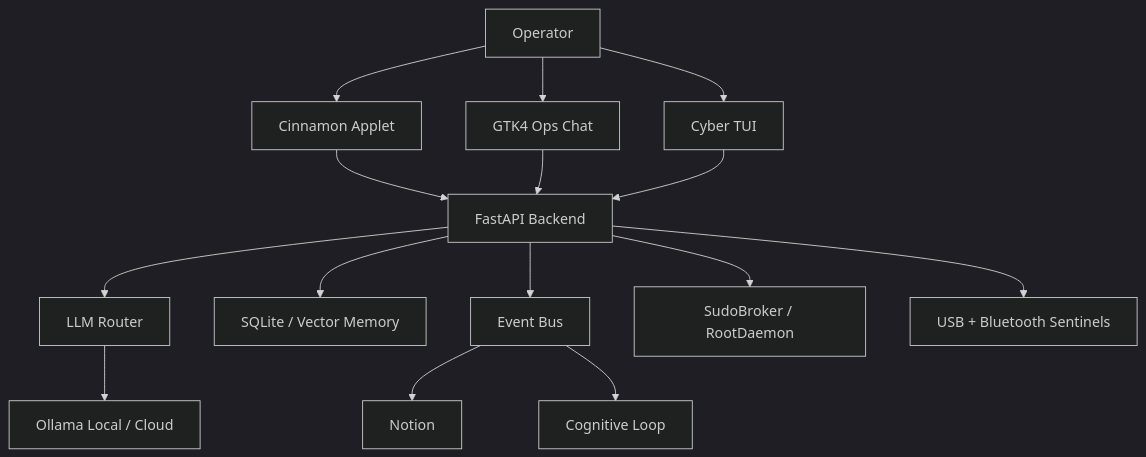
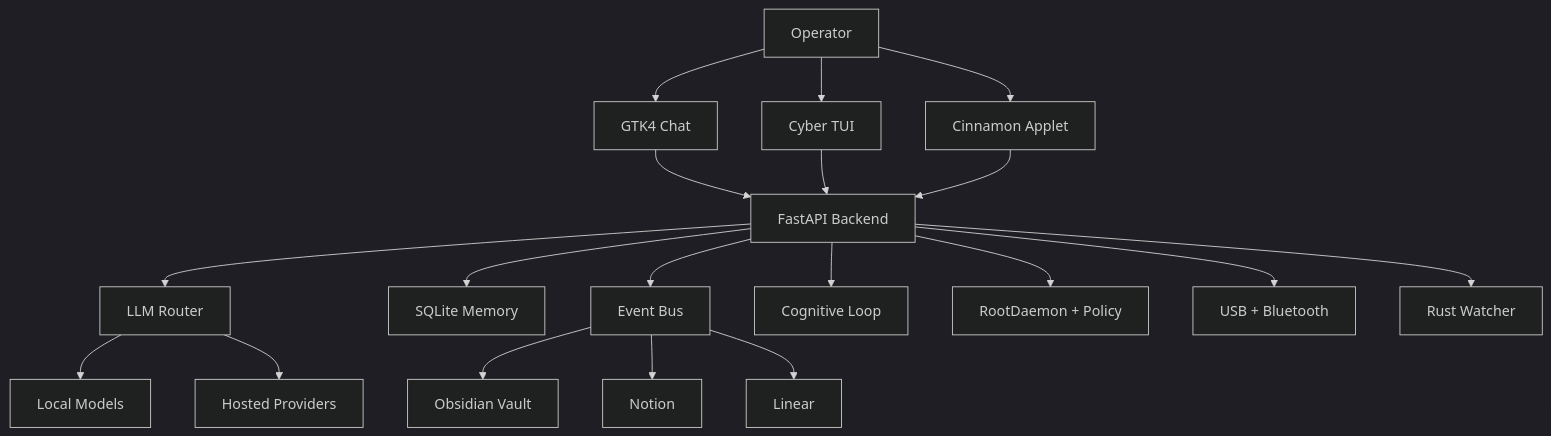
Before and after one commit to zeusinfra/NEXUS: the diagram in README.md, drawn with Mermaid (dark theme). The commit also changed other lines of this file and 4 other files, not shown here.

````diff
--- a/README.md
+++ b/README.md
@@ -66,20 +127,24 @@
 ```mermaid
 flowchart TD
-    Operator[Operator] --> Applet[Cinnamon Applet]
-    Operator --> GTK[GTK4 Ops Chat]
+    Operator[Operator] --> GTK[GTK4 Chat]
     Operator --> TUI[Cyber TUI]
+    Operator --> Applet[Cinnamon Applet]
 
-    Applet --> API[FastAPI Backend]
-    GTK --> API
+    GTK --> API[FastAPI Backend]
     TUI --> API
+    Applet --> API
 
     API --> LLM[LLM Router]
-    API --> Memory[SQLite / Vector Memory]
+    API --> Memory[SQLite Memory]
     API --> Events[Event Bus]
-    API --> Security[SudoBroker / RootDaemon]
-    API --> Peripherals[USB + Bluetooth Sentinels]
+    API --> Cognition[Cognitive Loop]
+    API --> Security[RootDaemon + Policy]
+    API --> Peripherals[USB + Bluetooth]
+    API --> Watcher[Rust Watcher]
 
+    Events --> Obsidian[Obsidian Vault]
     Events --> Notion[Notion]
-    Events --> Cognition[Cognitive Loop]
-    LLM --> Ollama[Ollama Local / Cloud]
+    Events --> Linear[Linear]
+    LLM --> Local[Local Models]
+    LLM --> Hosted[Hosted Providers]
 ```
````
